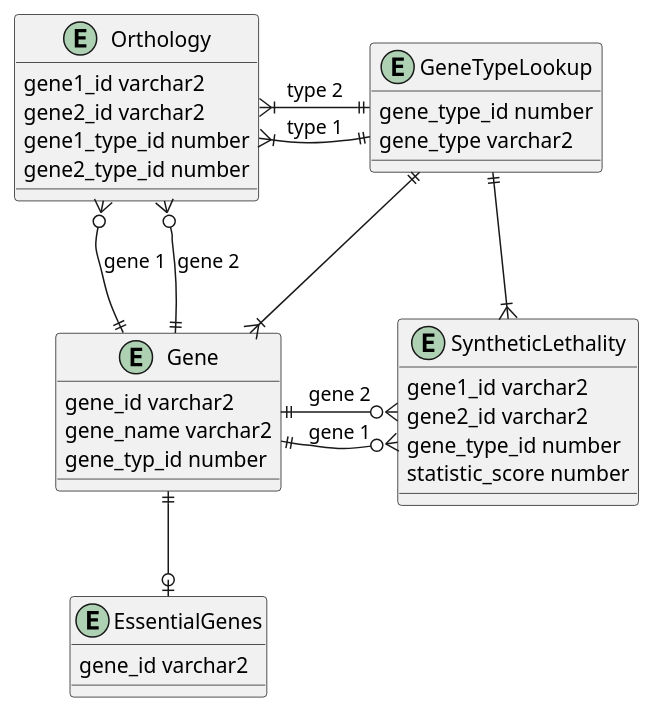
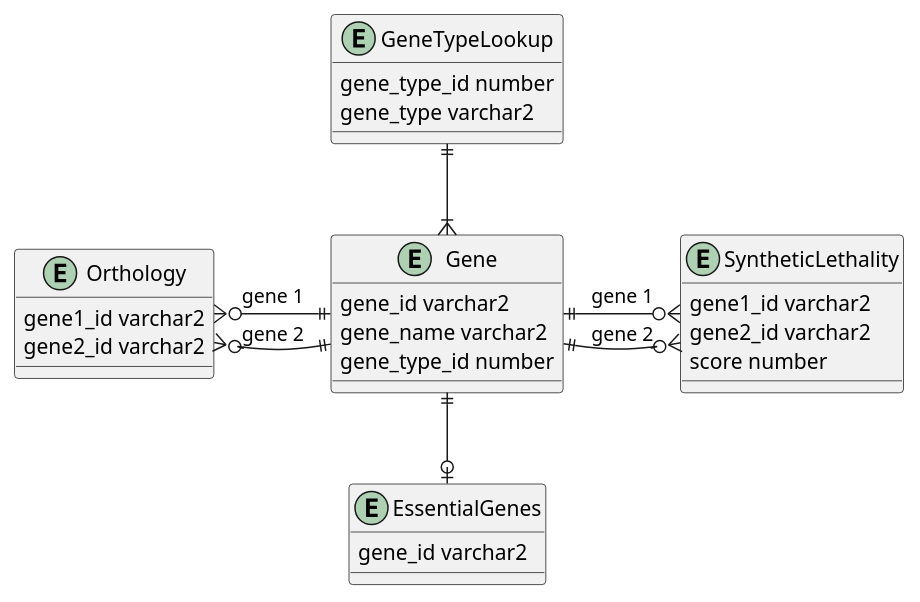
The diagram in plantuml/ERD.puml (BalintB4/DbProcjectRevision2), drawn with PlantUML before and after one commit. The commit also changed 4 other files, not shown here.

```diff
--- a/plantuml/ERD.puml
+++ b/plantuml/ERD.puml
@@ -1,41 +1,35 @@
 @startuml
 entity GeneTypeLookup {
     gene_type_id number
     gene_type varchar2
 }
 
 entity Gene {
     gene_id varchar2
     gene_name varchar2
-    gene_typ_id number
+    gene_type_id number
 }
 
 entity Orthology {
     gene1_id varchar2
     gene2_id varchar2
-    gene1_type_id number
-    gene2_type_id number
 }
 
 entity SyntheticLethality {
     gene1_id varchar2
     gene2_id varchar2
-    gene_type_id number
-    statistic_score number
+    score number
 }
 
 entity EssentialGenes {
     gene_id varchar2
 }
 
 GeneTypeLookup ||--|{ Gene
-GeneTypeLookup ||-l-|{ Orthology : "type 2"
-GeneTypeLookup ||--|{ Orthology : "type 1"
 Gene ||-l-o{ Orthology : "gene 1"
 Gene ||--o{ Orthology : "gene 2"
-GeneTypeLookup ||--|{ SyntheticLethality
-Gene ||-r-o{ SyntheticLethality : "gene 2"
-Gene ||--o{ SyntheticLethality : "gene 1"
+Gene ||-r-o{ SyntheticLethality : "gene 1"
+Gene ||--o{ SyntheticLethality : "gene 2"
 Gene ||--o| EssentialGenes
 
 @enduml
```
